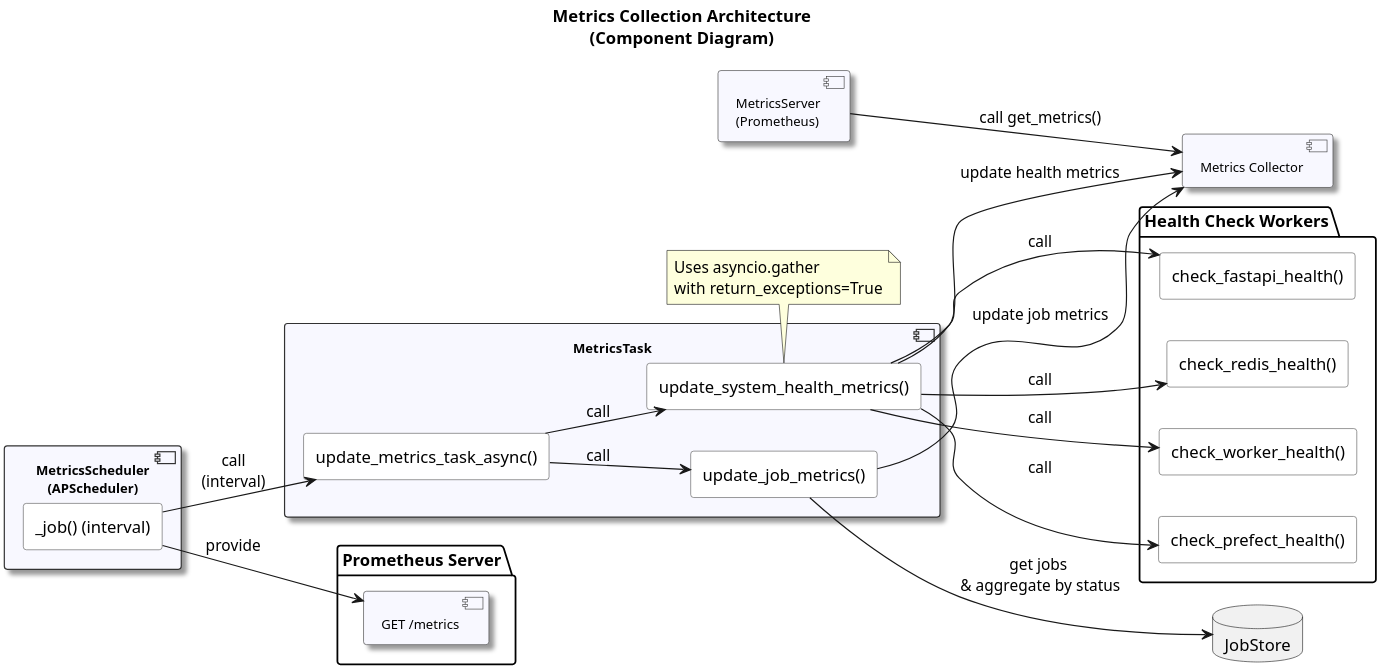
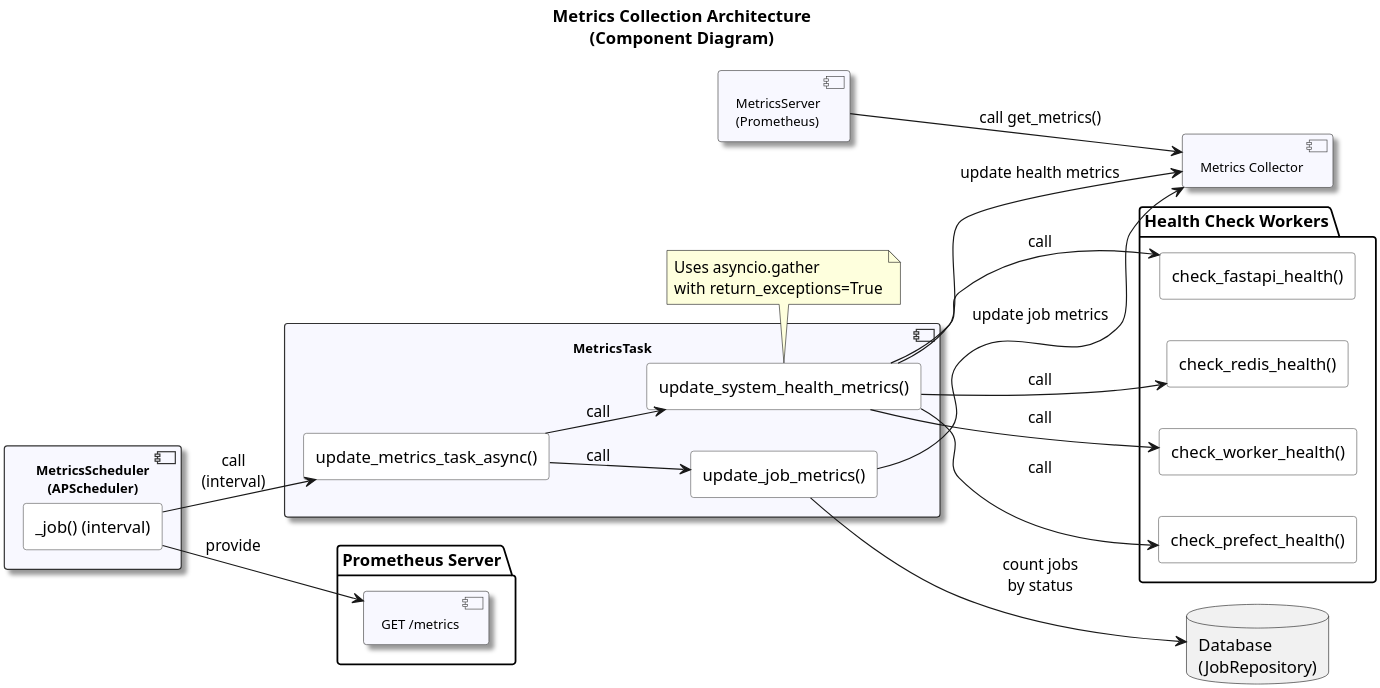
Before and after one commit to zhaoyi-yewu/qcos: the diagram in docs/sphinx/source/_static/design/module-design/metrics-update-flow.puml, drawn with PlantUML. The commit also changed 4 other files, not shown here.

```diff
--- a/docs/sphinx/source/_static/design/module-design/metrics-update-flow.puml
+++ b/docs/sphinx/source/_static/design/module-design/metrics-update-flow.puml
@@ -1,75 +1,74 @@
 @startuml
 title Metrics Collection Architecture\n(Component Diagram)
 
 skinparam defaultFontName "Noto Sans CJK SC, SimHei, sans-serif"
 skinparam dpi 300
 
 left to right direction
 
 skinparam component {
     BackgroundColor #F8F8FF
     BorderColor #333
     Shadowing true
     FontSize 11
 }
 
 skinparam rectangle {
     BackgroundColor #FFFFFF
     BorderColor #555
 }
 
 ' 调度器组件 (APScheduler)
 component "MetricsScheduler\n(APScheduler)" as Scheduler {
     rectangle "_job() (interval)" as Sched
 }
 
 ' 任务组件 (包含内部函数)
 component "MetricsTask" as Task {
     rectangle "update_metrics_task_async()" as AsyncTask
     rectangle "update_job_metrics()" as JobTask
     rectangle "update_system_health_metrics()" as HealthTask
 }
 
 ' 健康检查工作器 (统一为 rectangle)
 package "Health Check Workers" {
     rectangle "check_worker_health()" as CWorker
     rectangle "check_prefect_health()" as CPrefect
     rectangle "check_fastapi_health()" as CFastAPI
     rectangle "check_redis_health()" as CRedis
 }
 
 ' Collector
 component "Metrics Collector" as Collector
 
-' JobStore 改为 database
-database "JobStore" as JobDB
+database "Database\n(JobRepository)" as JobDB
 
 component "MetricsServer\n(Prometheus)" as MetricsServer
 
 package "Prometheus Server" {
     component "GET /metrics" as PM
 }
 
 ' 连接关系
 Sched --> AsyncTask : call\n(interval)
 Sched --> PM : provide
 
 AsyncTask --> JobTask : call
 AsyncTask --> HealthTask : call
 
-JobTask --> JobDB : get jobs \n& aggregate by status
+JobTask --> JobDB : count jobs\nby status
 JobTask --> Collector : update job metrics
 
 ' HealthTask 并发调用所有健康检查
 note bottom of HealthTask : Uses asyncio.gather\nwith return_exceptions=True
 HealthTask --> CWorker : call
 HealthTask --> CPrefect : call
 HealthTask --> CFastAPI : call
 HealthTask --> CRedis : call
 
 HealthTask --> Collector : update health metrics
 
 ' MetricsServer 拉取指标
 MetricsServer --> Collector : call get_metrics()
 
 @enduml
```
